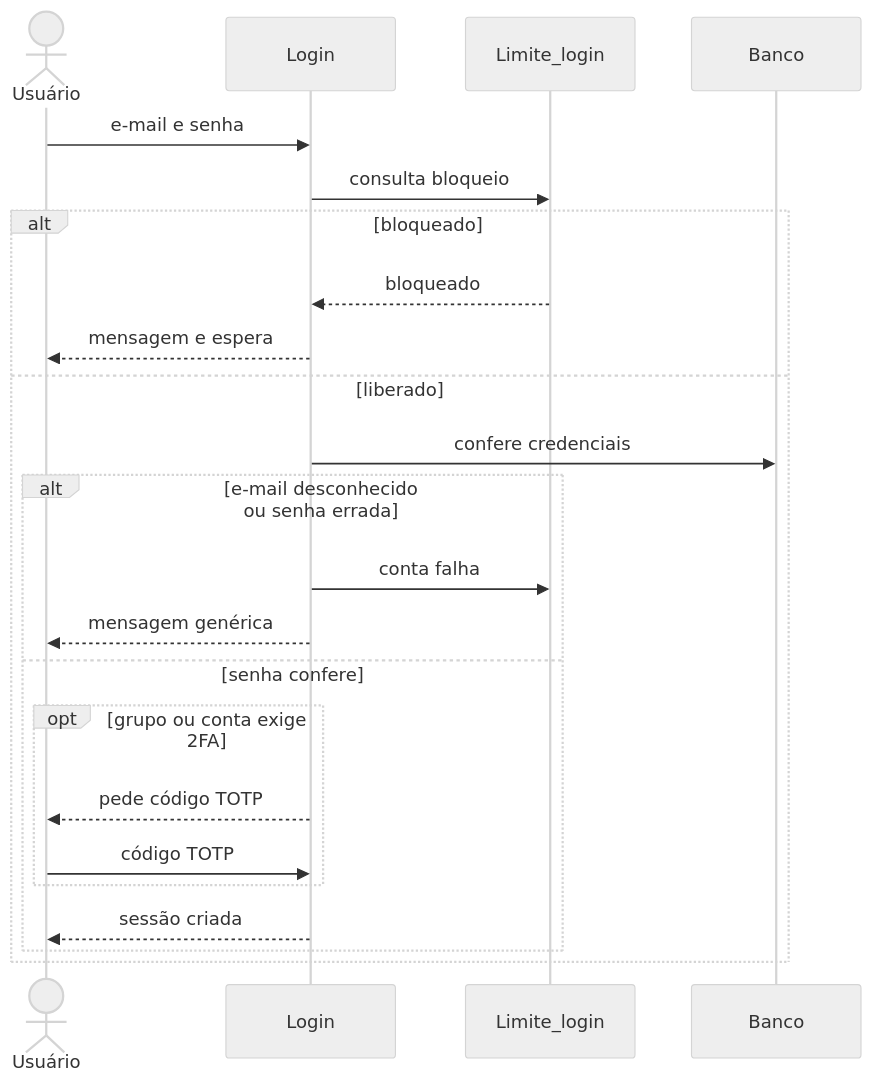
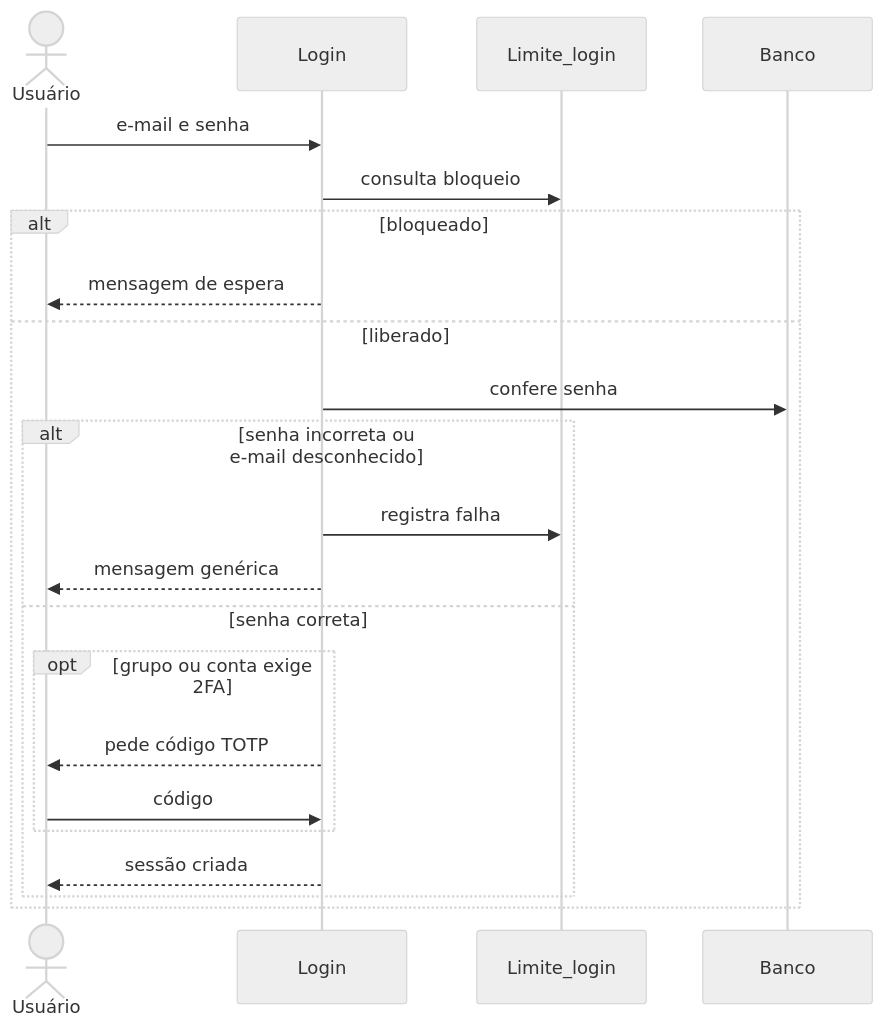
Before and after one commit to s1k3ira/mapos: the second of 4 diagrams in .n45/docs/diagrams/flows.md, drawn with Mermaid. The commit also changed other lines of this file and 52 other files, not shown here.

Commit message:
chore(n45): roadmap feat-0001-melhoria-seguranca encerrado e arquivado

````diff
--- a/.n45/docs/diagrams/flows.md
+++ b/.n45/docs/diagrams/flows.md
@@ -34,26 +34,25 @@
 ```mermaid
 %%{init: {'theme': 'neutral'} }%%
 sequenceDiagram
   actor U as Usuário
   participant L as Login
   participant LL as Limite_login
   participant DB as Banco
   U->>L: e-mail e senha
   L->>LL: consulta bloqueio
   alt bloqueado
-    LL-->>L: bloqueado
-    L-->>U: mensagem e espera
+    L-->>U: mensagem de espera
   else liberado
-    L->>DB: confere credenciais
-    alt e-mail desconhecido ou senha errada
-      L->>LL: conta falha
+    L->>DB: confere senha
+    alt senha incorreta ou e-mail desconhecido
+      L->>LL: registra falha
       L-->>U: mensagem genérica
-    else senha confere
+    else senha correta
       opt grupo ou conta exige 2FA
         L-->>U: pede código TOTP
-        U->>L: código TOTP
+        U->>L: código
       end
       L-->>U: sessão criada
     end
   end
 ```
````
